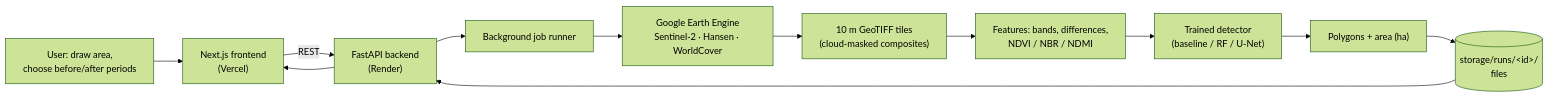
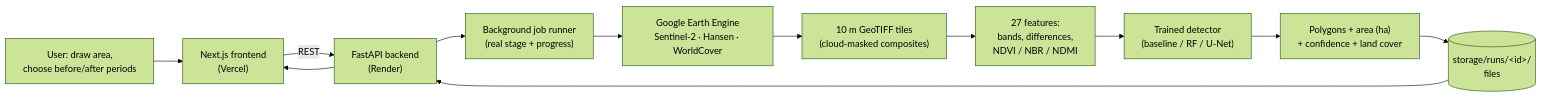
The first of 2 diagrams in README.md (Shaik-Saniya67/Sylvan-Watch), drawn with Mermaid (forest theme) before and after one commit. The commit also changed other lines of this file, not shown here.

````diff
--- a/README.md
+++ b/README.md
@@ -72,14 +124,14 @@
 ```mermaid
 flowchart LR
     U["User: draw area,<br/>choose before/after periods"] --> FE["Next.js frontend<br/>(Vercel)"]
     FE -->|REST| API["FastAPI backend<br/>(Render)"]
-    API --> JOB["Background job runner"]
+    API --> JOB["Background job runner<br/>(real stage + progress)"]
     JOB --> GEE["Google Earth Engine<br/>Sentinel-2 · Hansen · WorldCover"]
     GEE --> CHIP["10 m GeoTIFF tiles<br/>(cloud-masked composites)"]
-    CHIP --> FEAT["Features: bands, differences,<br/>NDVI / NBR / NDMI"]
+    CHIP --> FEAT["27 features:<br/>bands, differences,<br/>NDVI / NBR / NDMI"]
     FEAT --> MODEL["Trained detector<br/>(baseline / RF / U-Net)"]
-    MODEL --> POLY["Polygons + area (ha)"]
+    MODEL --> POLY["Polygons + area (ha)<br/>+ confidence + land cover"]
     POLY --> STORE[("storage/runs/&lt;id&gt;/<br/>files")]
     STORE --> API
     API --> FE
 ```
````
